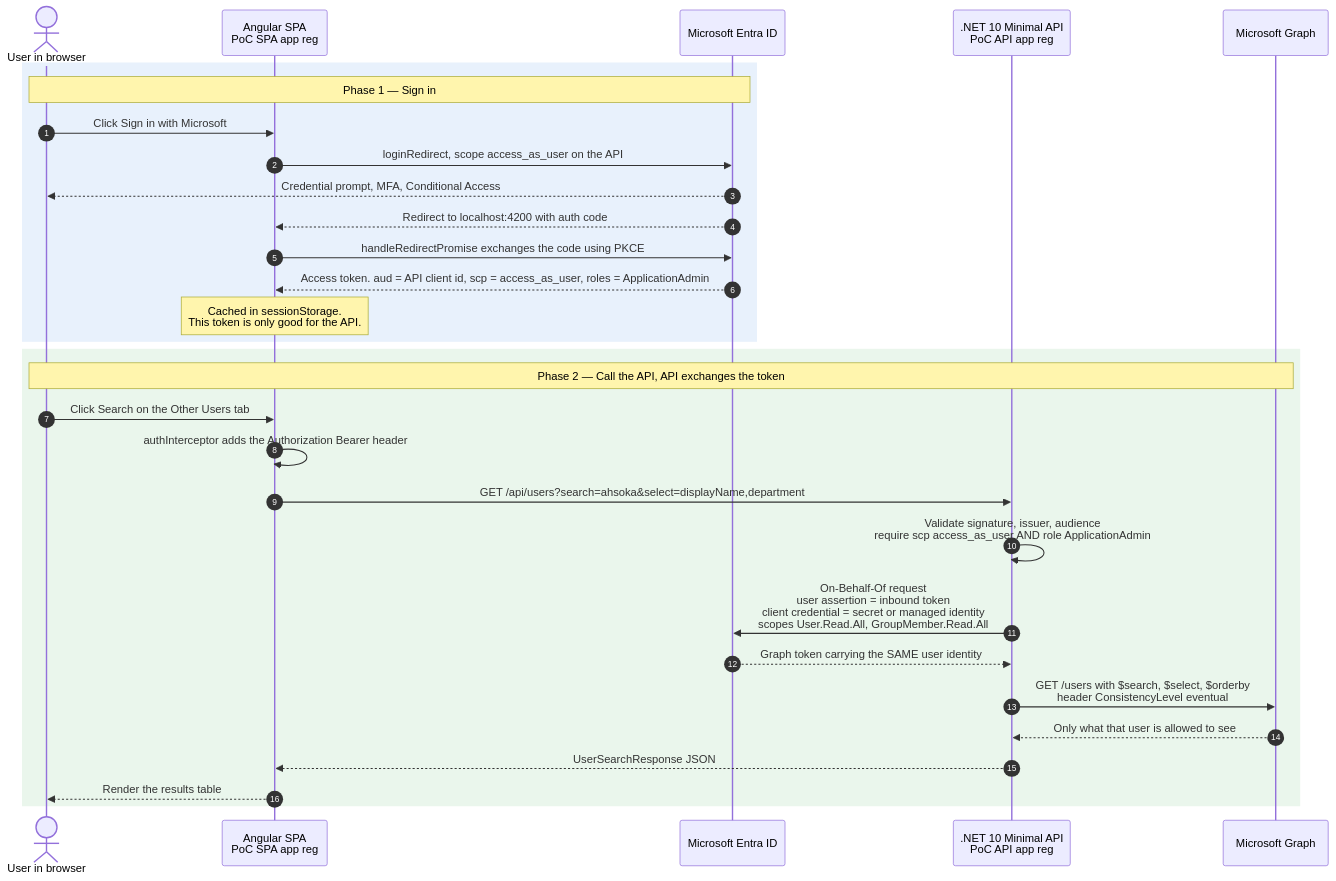
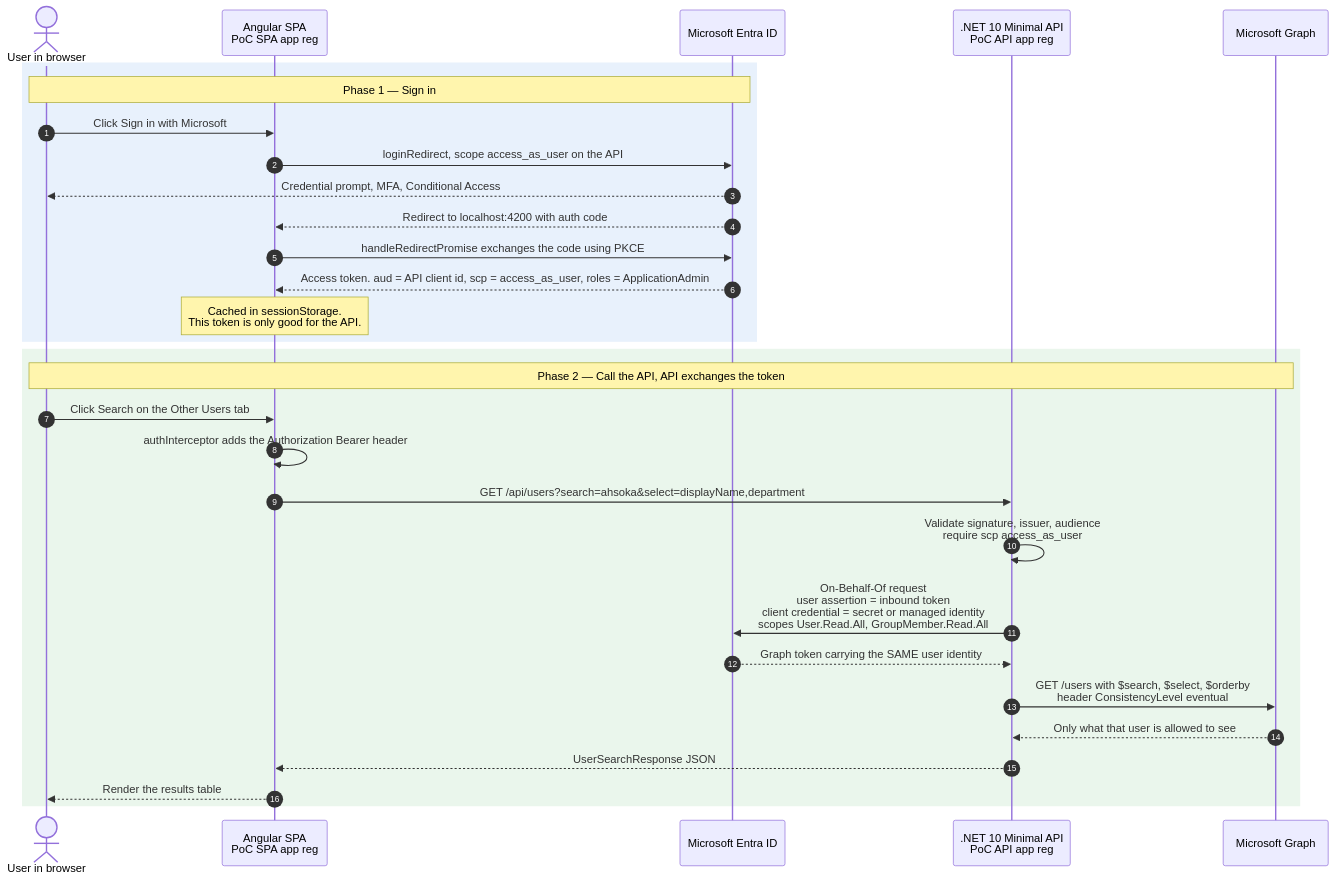
The second of 4 diagrams in README.md (TK11703/angular-api-graph-relay), drawn with Mermaid before and after one commit. The commit also changed other lines of this file and 10 other files, not shown here.

````diff
--- a/README.md
+++ b/README.md
@@ -33,34 +33,34 @@
 ```mermaid
 sequenceDiagram
     autonumber
     actor U as User in browser
     participant SPA as Angular SPA<br/>PoC SPA app reg
     participant EID as Microsoft Entra ID
     participant API as .NET 10 Minimal API<br/>PoC API app reg
     participant G as Microsoft Graph
 
     rect rgb(232,241,252)
     Note over U,EID: Phase 1 — Sign in
     U->>SPA: Click Sign in with Microsoft
     SPA->>EID: loginRedirect, scope access_as_user on the API
     EID-->>U: Credential prompt, MFA, Conditional Access
     EID-->>SPA: Redirect to localhost:4200 with auth code
     SPA->>EID: handleRedirectPromise exchanges the code using PKCE
     EID-->>SPA: Access token. aud = API client id, scp = access_as_user, roles = ApplicationAdmin
     Note over SPA: Cached in sessionStorage.<br/>This token is only good for the API.
     end
 
     rect rgb(234,246,236)
     Note over U,G: Phase 2 — Call the API, API exchanges the token
     U->>SPA: Click Search on the Other Users tab
     SPA->>SPA: authInterceptor adds the Authorization Bearer header
     SPA->>API: GET /api/users?search=ahsoka&select=displayName,department
-    API->>API: Validate signature, issuer, audience<br/>require scp access_as_user AND role ApplicationAdmin
+    API->>API: Validate signature, issuer, audience<br/>require scp access_as_user
     API->>EID: On-Behalf-Of request<br/>user assertion = inbound token<br/>client credential = secret or managed identity<br/>scopes User.Read.All, GroupMember.Read.All
     EID-->>API: Graph token carrying the SAME user identity
     API->>G: GET /users with $search, $select, $orderby<br/>header ConsistencyLevel eventual
     G-->>API: Only what that user is allowed to see
     API-->>SPA: UserSearchResponse JSON
     SPA-->>U: Render the results table
     end
 ```
````
